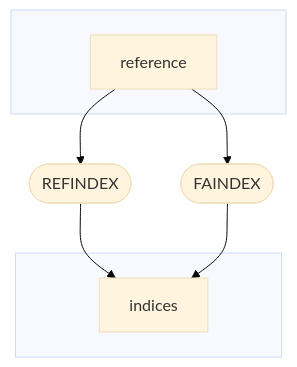
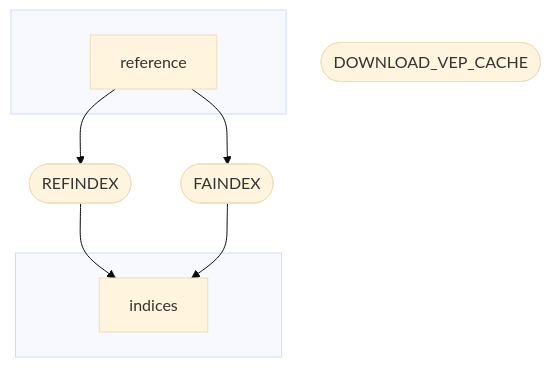
One commit to glebus-sasha/bwaindex changed the diagram in README.md. Above: the diagram before and after it, drawn with Mermaid.

````diff
--- a/README.md
+++ b/README.md
@@ -8,16 +8,17 @@
 ```mermaid
 %%{init: {'theme':'base'}}%%
 flowchart TB
     subgraph " "
     v0["reference"]
     end
     v1([REFINDEX])
+    v11([DOWNLOAD_VEP_CACHE])
     v2([FAINDEX])
     subgraph " "
     v9["indices"]
     end
     v0 --> v1
     v0 --> v2
     v1 --> v9
     v2 --> v9
 ```
````
